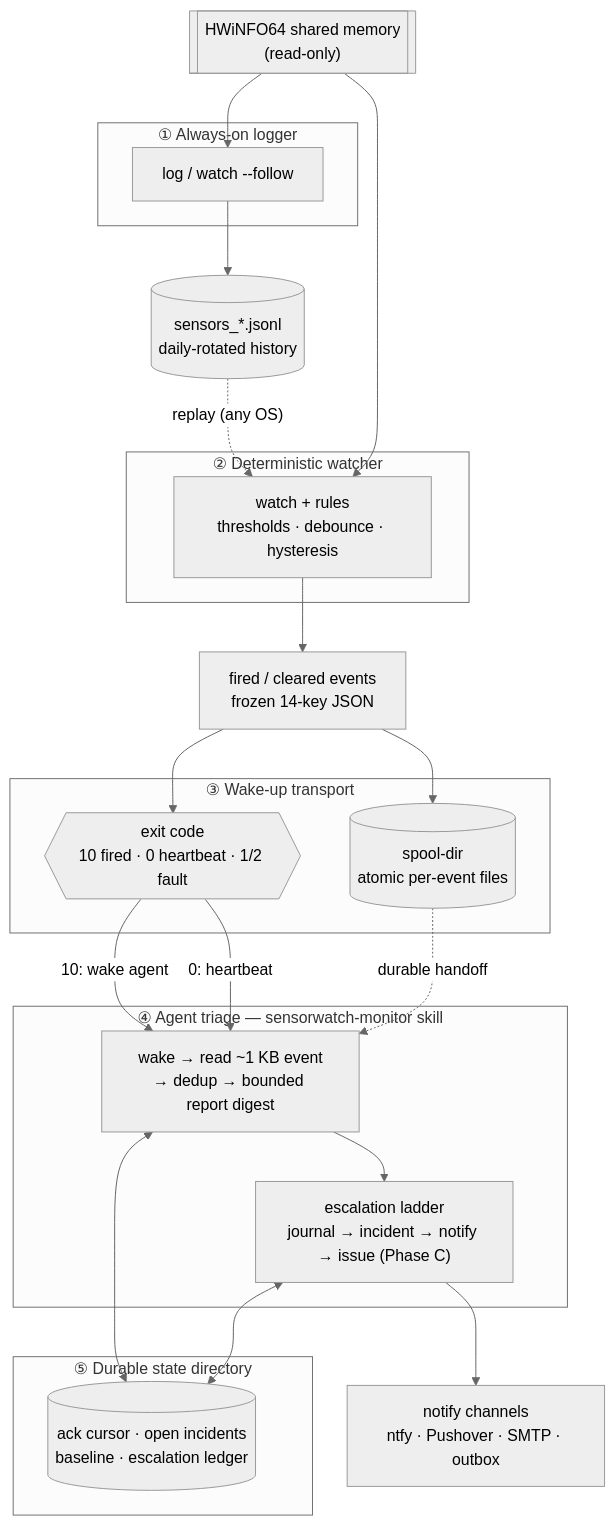
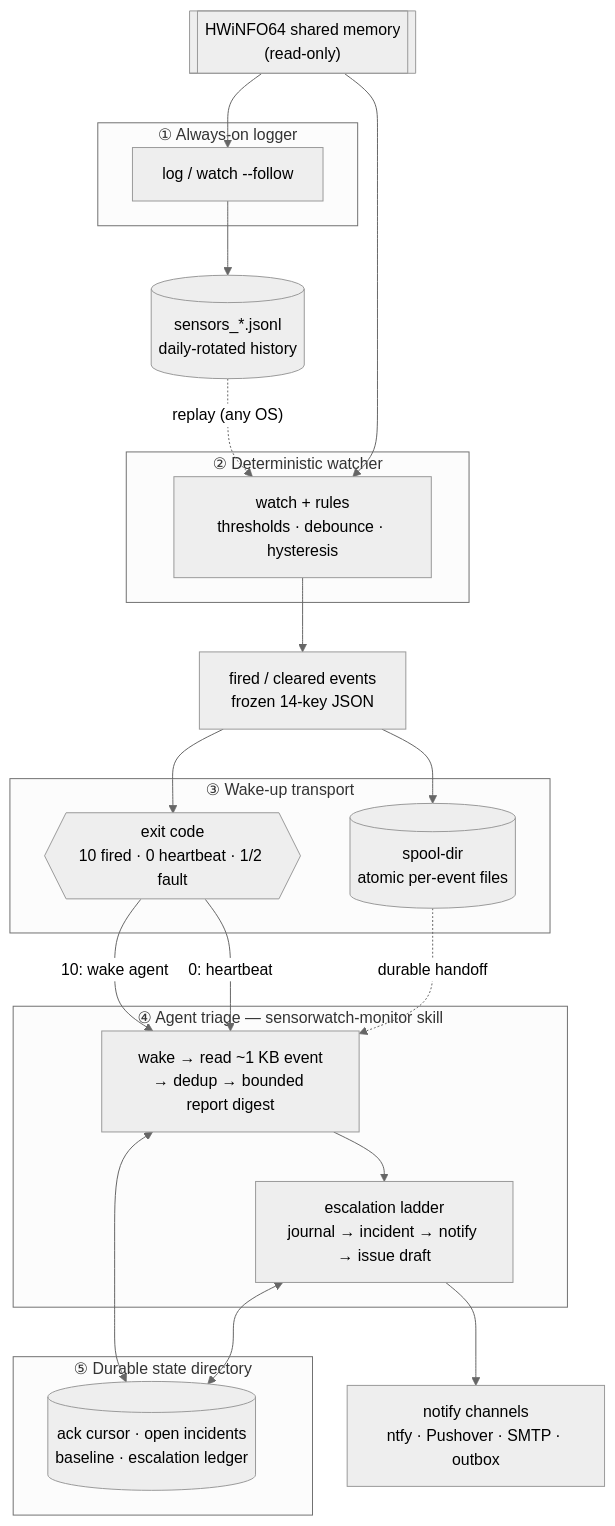
Before and after one commit to lcjanke2020/sensorwatch: the diagram in README.md, drawn with Mermaid (neutral theme). The commit also changed 18 other files, not shown here.

First line of the commit message:
feat: Phase C agentic fixes — auto-close on recovery, tier-3 issue drafts, gap-density detection (#36)

````diff
--- a/README.md
+++ b/README.md
@@ -571,43 +571,43 @@
 ```mermaid
 flowchart TD
     HW[["HWiNFO64 shared memory<br/>(read-only)"]]
 
     subgraph L1["① Always-on logger"]
         LOG["log / watch --follow"]
     end
     JSONL[("sensors_*.jsonl<br/>daily-rotated history")]
 
     subgraph L2["② Deterministic watcher"]
         WATCH["watch + rules<br/>thresholds · debounce · hysteresis"]
     end
     EV["fired / cleared events<br/>frozen 14-key JSON"]
 
     subgraph L3["③ Wake-up transport"]
         EXIT{{"exit code<br/>10 fired · 0 heartbeat · 1/2 fault"}}
         SPOOL[("spool-dir<br/>atomic per-event files")]
     end
 
     subgraph L4["④ Agent triage — sensorwatch-monitor skill"]
         TRIAGE["wake → read ~1 KB event<br/>→ dedup → bounded report digest"]
-        LADDER["escalation ladder<br/>journal → incident → notify → issue (Phase C)"]
+        LADDER["escalation ladder<br/>journal → incident → notify → issue draft"]
     end
 
     subgraph L5["⑤ Durable state directory"]
         STATE[("ack cursor · open incidents<br/>baseline · escalation ledger")]
     end
 
     NOTIFY["notify channels<br/>ntfy · Pushover · SMTP · outbox"]
 
     HW --> LOG --> JSONL
     JSONL -. "replay (any OS)" .-> WATCH
     HW --> WATCH
     WATCH --> EV --> EXIT
     EV --> SPOOL
     EXIT -- "10: wake agent" --> TRIAGE
     EXIT -- "0: heartbeat" --> TRIAGE
     SPOOL -. durable handoff .-> TRIAGE
     TRIAGE --> LADDER
     LADDER --> NOTIFY
     TRIAGE <--> STATE
     LADDER <--> STATE
 ```
````
